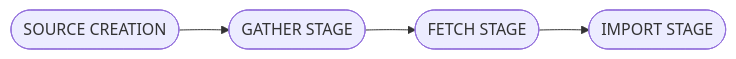
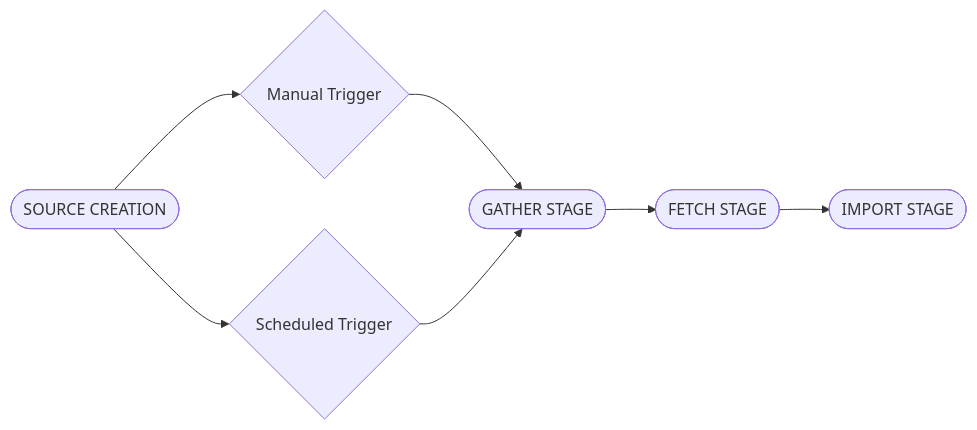
The diagram in docs/old_harvesting.mmd (GSA/datagov-harvester), drawn with Mermaid before and after one commit. The commit also changed 3 other files, not shown here.

```diff
--- a/docs/old_harvesting.mmd
+++ b/docs/old_harvesting.mmd
@@ -1,8 +1,17 @@
 flowchart LR
+  %% Operations
   sc([SOURCE CREATION])
   gs([GATHER STAGE])
   fs([FETCH STAGE])
   is([IMPORT STAGE])
-  sc --> gs
+
+  %% Conditions
+  manual{Manual Trigger}
+  scheduled{Scheduled Trigger}
+
+  sc --> manual
+  sc --> scheduled
+  manual --> gs
+  scheduled --> gs
   gs --> fs
   fs --> is
```
